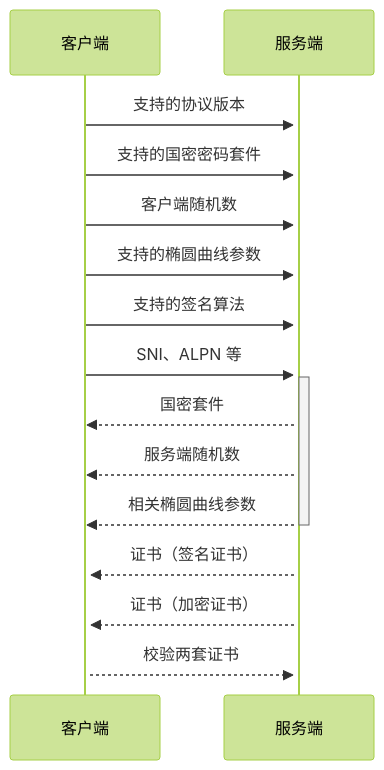
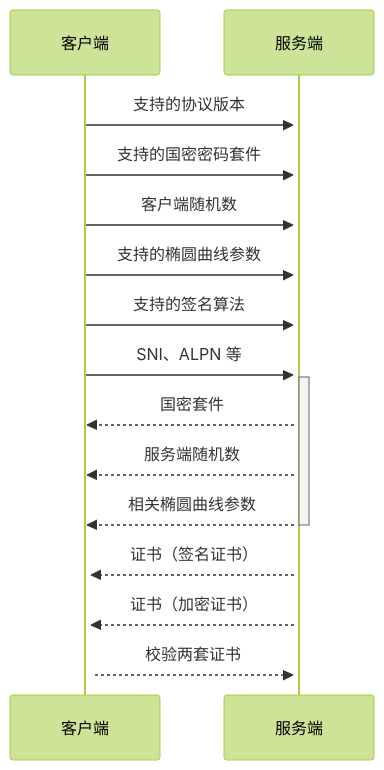
The diagram in all/未命名-1.md (HY-10-8/iodraw-files), drawn with Mermaid (forest theme) before and after one commit.

Commit message:
2026-03-24 10:03:23 update

````diff
--- a/all/未命名-1.md
+++ b/all/未命名-1.md
@@ -1,20 +1,20 @@
 ```mermaid
 sequenceDiagram
     客户端->>+服务端: 支持的协议版本
     客户端->>服务端: 支持的国密密码套件
     客户端->>服务端: 客户端随机数
     客户端->>服务端: 支持的椭圆曲线参数
     客户端->>服务端: 支持的签名算法
     客户端->>+服务端: SNI、ALPN 等
 
     服务端-->>客户端: 国密套件
     服务端-->>客户端: 服务端随机数
     服务端-->>-客户端: 相关椭圆曲线参数
 
     服务端-->>+客户端: 证书（签名证书）
-    服务端-->>客户端: 证书（加密证书）
+    服务端-->>+客户端: 证书（加密证书）
 
     客户端-->>服务端:校验两套证书
 
             
 ```
````
